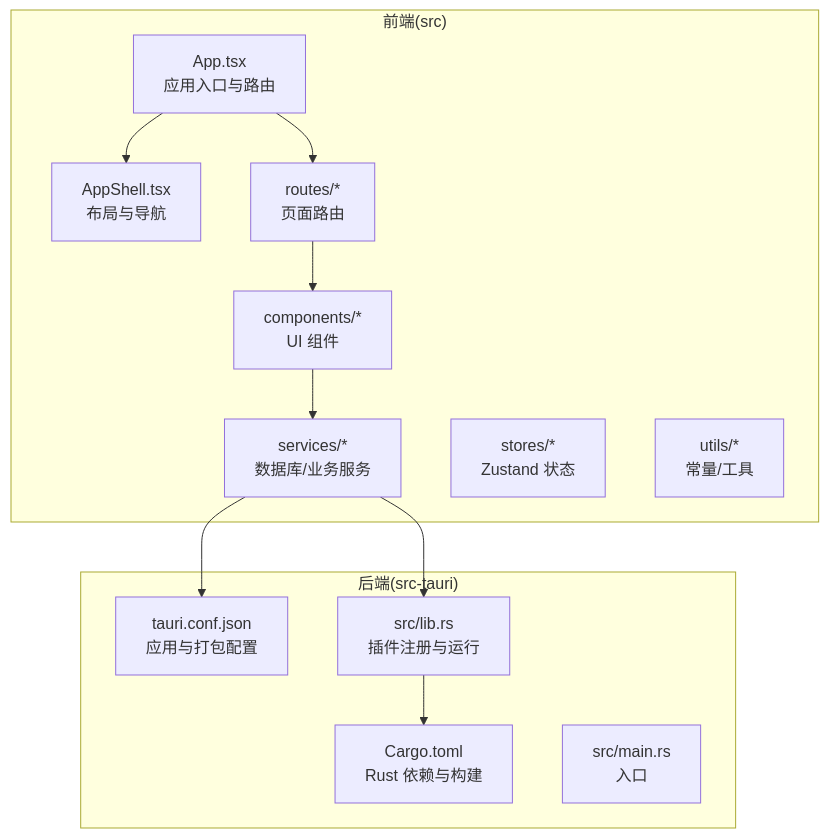
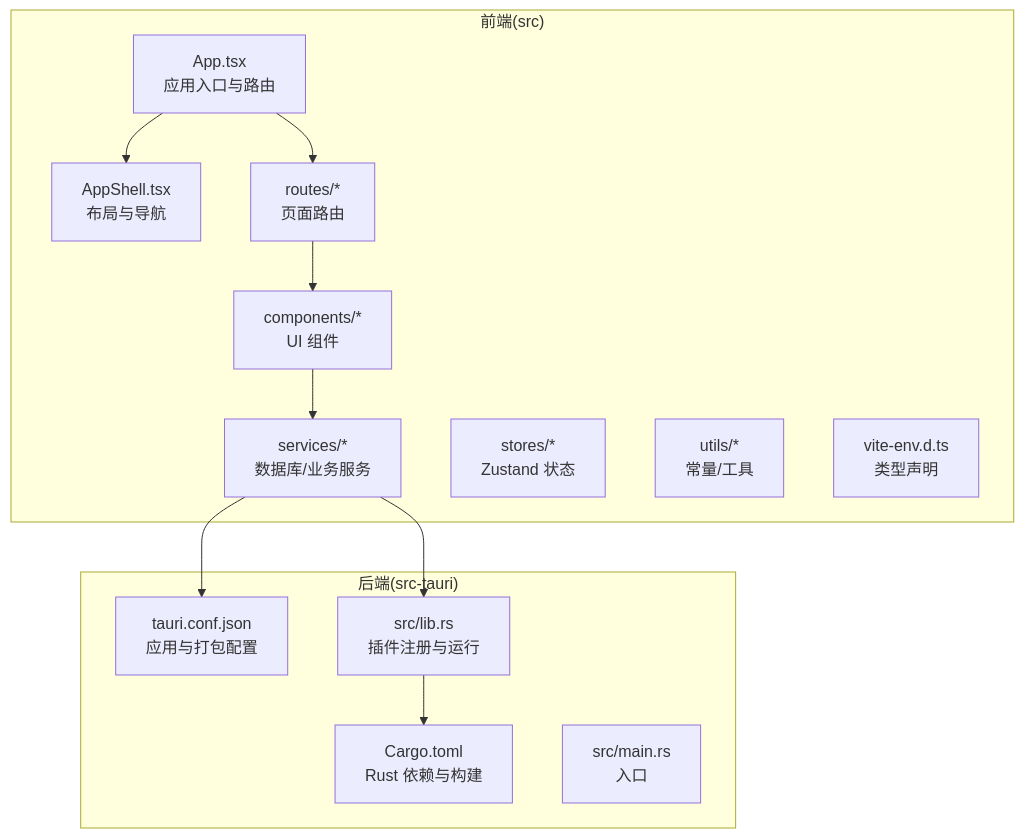
The first of 8 diagrams in .qoder/repowiki/zh/content/开发指南/开发指南.md (yn-zxj/Assetly), drawn with Mermaid before and after one commit. The commit also changed other lines of this file and 16 other files, not shown here.

````diff
--- a/.qoder/repowiki/zh/content/开发指南/开发指南.md
+++ b/.qoder/repowiki/zh/content/开发指南/开发指南.md
@@ -44,25 +47,26 @@
 ```mermaid
 graph TB
 subgraph "前端(src)"
 FE_App["App.tsx<br/>应用入口与路由"]
 FE_Shell["AppShell.tsx<br/>布局与导航"]
 FE_Services["services/*<br/>数据库/业务服务"]
 FE_Stores["stores/*<br/>Zustand 状态"]
 FE_Components["components/*<br/>UI 组件"]
 FE_Routes["routes/*<br/>页面路由"]
 FE_Utils["utils/*<br/>常量/工具"]
+FE_Types["vite-env.d.ts<br/>类型声明"]
 end
 subgraph "后端(src-tauri)"
 BE_Config["tauri.conf.json<br/>应用与打包配置"]
 BE_Cargo["Cargo.toml<br/>Rust 依赖与构建"]
 BE_Lib["src/lib.rs<br/>插件注册与运行"]
 BE_Main["src/main.rs<br/>入口"]
 end
 FE_App --> FE_Shell
 FE_App --> FE_Routes
 FE_Routes --> FE_Components
 FE_Components --> FE_Services
 FE_Services --> BE_Config
 FE_Services --> BE_Lib
 BE_Lib --> BE_Cargo
 ```
````
